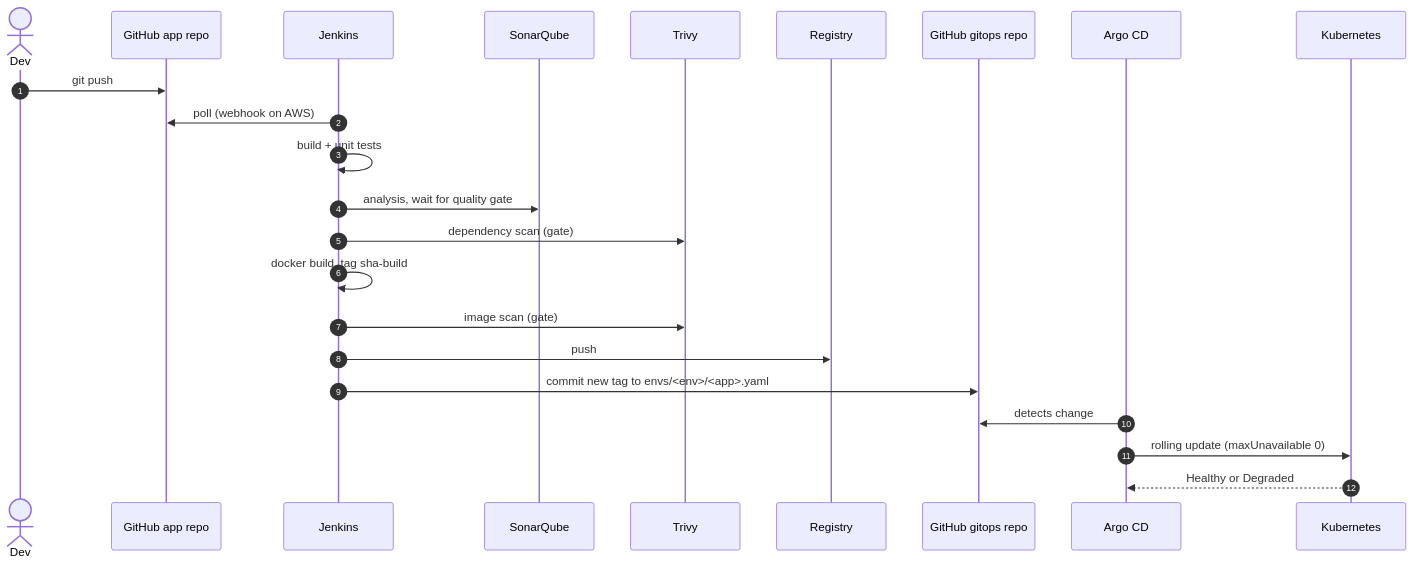
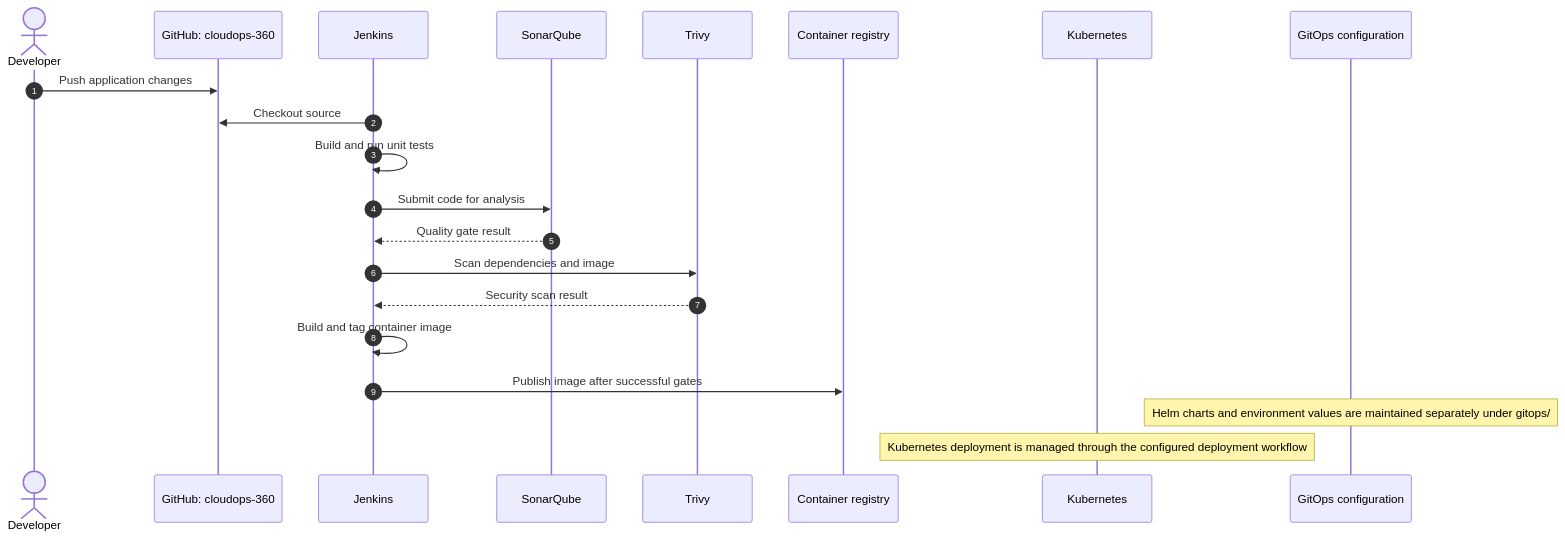
The second of 4 diagrams in docs/architecture.md (kantamnenimanusha/cloudops-360), drawn with Mermaid before and after one commit. The commit also changed other lines of this file and 49 other files, not shown here.

Commit message:
docs: consolidate GitOps configuration and update project documentation

````diff
--- a/docs/architecture.md
+++ b/docs/architecture.md
@@ -34,25 +58,24 @@
 ```mermaid
 sequenceDiagram
     autonumber
-    actor Dev
-    participant GH as GitHub app repo
+    actor Dev as Developer
+    participant GH as GitHub: cloudops-360
     participant JK as Jenkins
     participant SQ as SonarQube
     participant TV as Trivy
-    participant REG as Registry
-    participant GO as GitHub gitops repo
-    participant AR as Argo CD
+    participant REG as Container registry
     participant K8 as Kubernetes
-    Dev->>GH: git push
-    JK->>GH: poll (webhook on AWS)
-    JK->>JK: build + unit tests
-    JK->>SQ: analysis, wait for quality gate
-    JK->>TV: dependency scan (gate)
-    JK->>JK: docker build, tag sha-build
-    JK->>TV: image scan (gate)
-    JK->>REG: push
-    JK->>GO: commit new tag to envs/<env>/<app>.yaml
-    AR->>GO: detects change
-    AR->>K8: rolling update (maxUnavailable 0)
-    K8-->>AR: Healthy or Degraded
+    participant GO as GitOps configuration
+
+    Dev->>GH: Push application changes
+    JK->>GH: Checkout source
+    JK->>JK: Build and run unit tests
+    JK->>SQ: Submit code for analysis
+    SQ-->>JK: Quality gate result
+    JK->>TV: Scan dependencies and image
+    TV-->>JK: Security scan result
+    JK->>JK: Build and tag container image
+    JK->>REG: Publish image after successful gates
+    Note over GO: Helm charts and environment values are maintained separately under gitops/
+    Note over K8: Kubernetes deployment is managed through the configured deployment workflow
 ```
````
